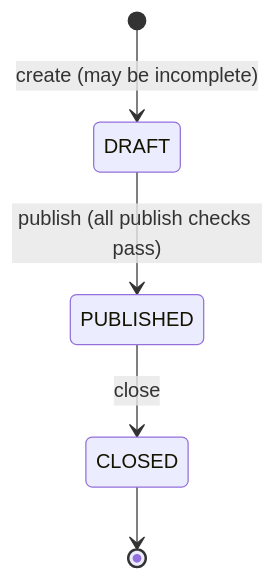
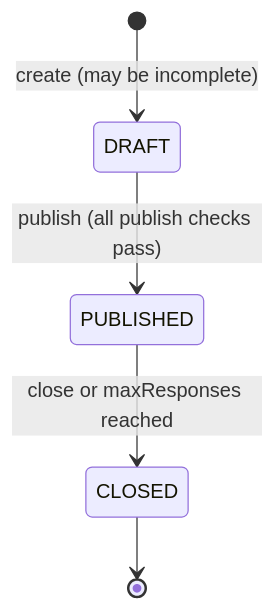
One commit to Muhammad-Asad-Aziz/CPE334-GuessLess changed the diagram in docs/sprints/sprint-1/F-02-survey-lifecycle.md. Above: the diagram before and after it, drawn with Mermaid. The commit also changed other lines of this file and 6 other files, not shown here.

````diff
--- a/docs/sprints/sprint-1/F-02-survey-lifecycle.md
+++ b/docs/sprints/sprint-1/F-02-survey-lifecycle.md
@@ -35,7 +36,7 @@
 ```mermaid
 stateDiagram-v2
   [*] --> DRAFT: create (may be incomplete)
   DRAFT --> PUBLISHED: publish (all publish checks pass)
-  PUBLISHED --> CLOSED: close
+  PUBLISHED --> CLOSED: close or maxResponses reached
   CLOSED --> [*]
 ```
````
